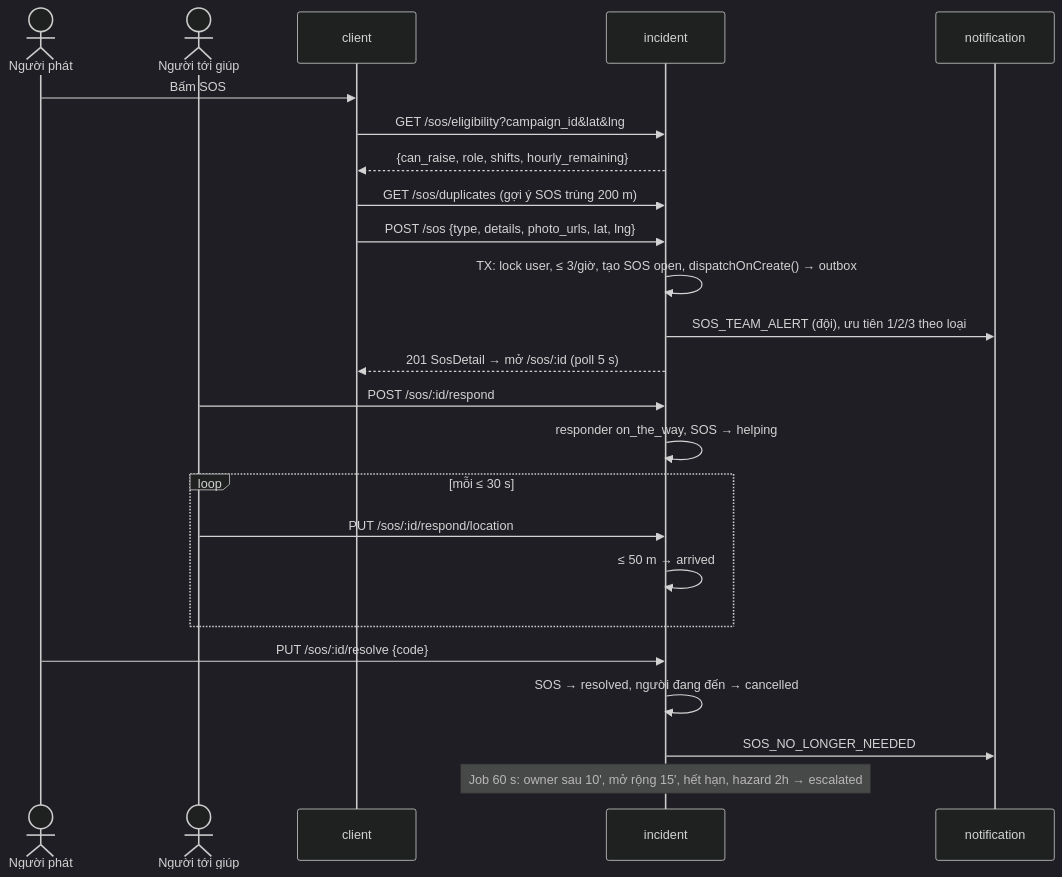
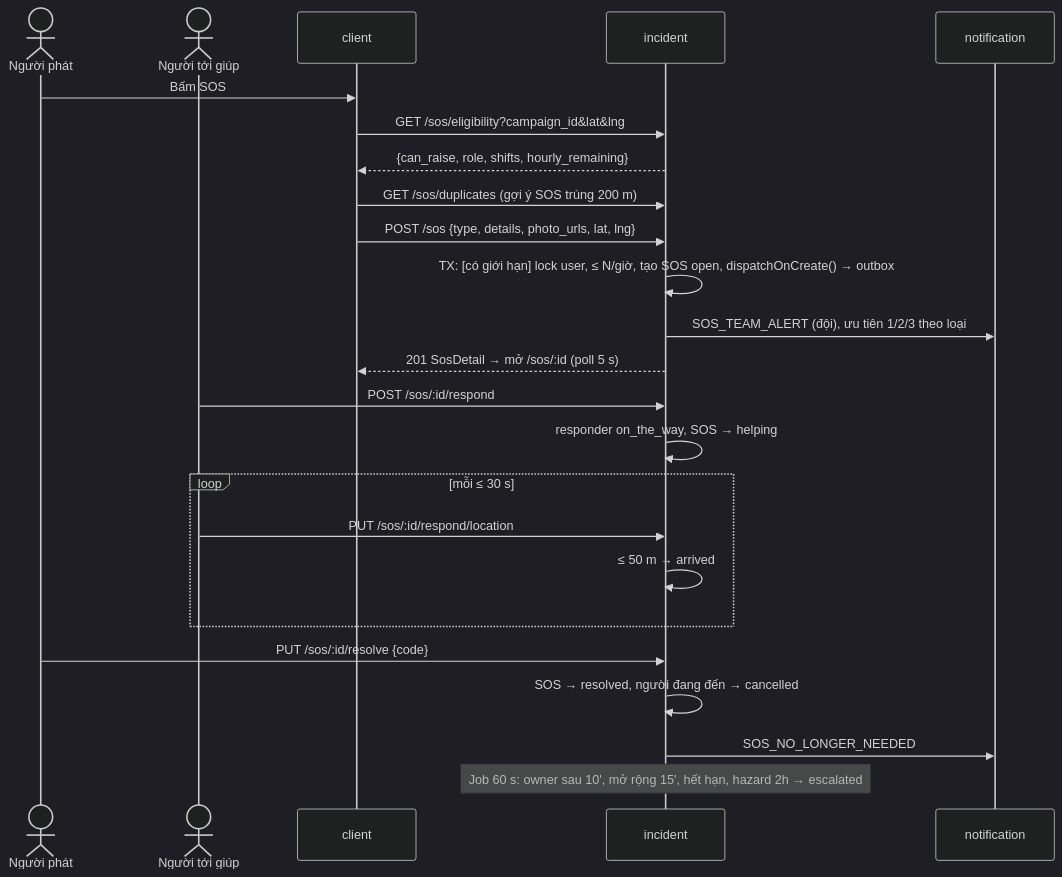
One commit to DOAN2-UQT-KN/ecolink-docs changed diagram 21 of 29 in 02-business-flows.md. Above: the diagram before and after it, drawn with Mermaid (dark theme). The commit also changed other lines of this file and 8 other files, not shown here.

````diff
--- a/02-business-flows.md
+++ b/02-business-flows.md
@@ -919,26 +919,26 @@
 ```mermaid
 sequenceDiagram
   actor R as Người phát
   actor H as Người tới giúp
   participant FE as client
   participant INC as incident
   participant NS as notification
   R->>FE: Bấm SOS
   FE->>INC: GET /sos/eligibility?campaign_id&lat&lng
   INC-->>FE: {can_raise, role, shifts, hourly_remaining}
   FE->>INC: GET /sos/duplicates (gợi ý SOS trùng 200 m)
   FE->>INC: POST /sos {type, details, photo_urls, lat, lng}
-  INC->>INC: TX: lock user, ≤ 3/giờ, tạo SOS open, dispatchOnCreate() → outbox
+  INC->>INC: TX: [có giới hạn] lock user, ≤ N/giờ, tạo SOS open, dispatchOnCreate() → outbox
   INC->>NS: SOS_TEAM_ALERT (đội), ưu tiên 1/2/3 theo loại
   INC-->>FE: 201 SosDetail → mở /sos/:id (poll 5 s)
   H->>INC: POST /sos/:id/respond
   INC->>INC: responder on_the_way, SOS → helping
   loop mỗi ≤ 30 s
     H->>INC: PUT /sos/:id/respond/location
     INC->>INC: ≤ 50 m → arrived
   end
   R->>INC: PUT /sos/:id/resolve {code}
   INC->>INC: SOS → resolved, người đang đến → cancelled
   INC->>NS: SOS_NO_LONGER_NEEDED
   Note over INC: Job 60 s: owner sau 10', mở rộng 15', hết hạn, hazard 2h → escalated
 ```
````
